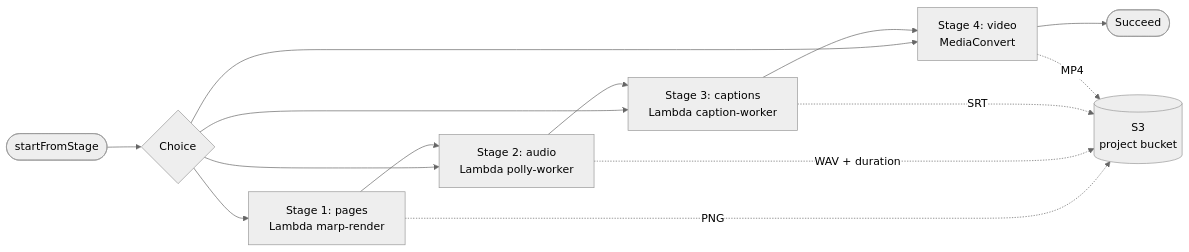
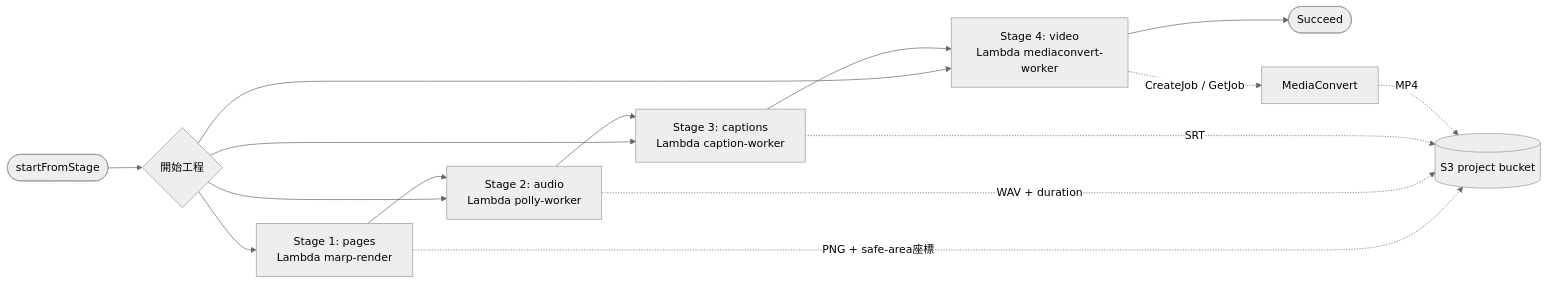
Before and after one commit to hide-G/slide-first-ai-video: the second of 5 diagrams in docs/architecture.md, drawn with Mermaid (neutral theme). The commit also changed other lines of this file and 28 other files, not shown here.

Commit message:
feat: add vertical caption styles and partial render recovery

````diff
--- a/docs/architecture.md
+++ b/docs/architecture.md
@@ -79,16 +80,15 @@
 ```mermaid
 flowchart LR
-    START(["startFromStage"]) --> C{"Choice"}
+    START([startFromStage]) --> C{開始工程}
+    C --> P[Stage 1: pages\nLambda marp-render]
+    C --> A[Stage 2: audio\nLambda polly-worker]
+    C --> CAP[Stage 3: captions\nLambda caption-worker]
+    C --> V[Stage 4: video\nLambda mediaconvert-worker]
 
-    C --> P["Stage 1: pages<br/>Lambda marp-render"]
-    C --> A["Stage 2: audio<br/>Lambda polly-worker"]
-    C --> CAP["Stage 3: captions<br/>Lambda caption-worker"]
-    C --> V["Stage 4: video<br/>MediaConvert"]
-
-    P --> A --> CAP --> V --> DONE(["Succeed"])
-
-    P -.->|"PNG"| S3[("S3<br/>project bucket")]
-    A -.->|"WAV + duration"| S3
-    CAP -.->|"SRT"| S3
-    V -.->|"MP4"| S3
+    P --> A --> CAP --> V --> DONE([Succeed])
+    P -.->|PNG + safe-area座標| S3[(S3 project bucket)]
+    A -.->|WAV + duration| S3
+    CAP -.->|SRT| S3
+    V -.->|CreateJob / GetJob| MC[MediaConvert]
+    MC -.->|MP4| S3
 ```
````
